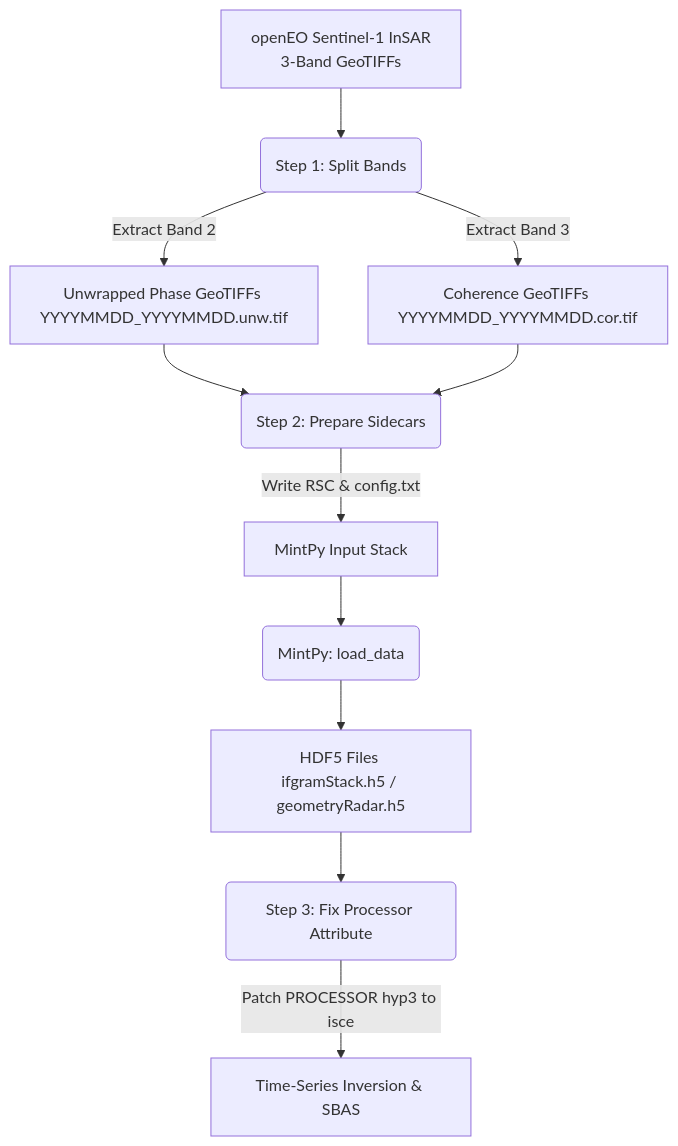
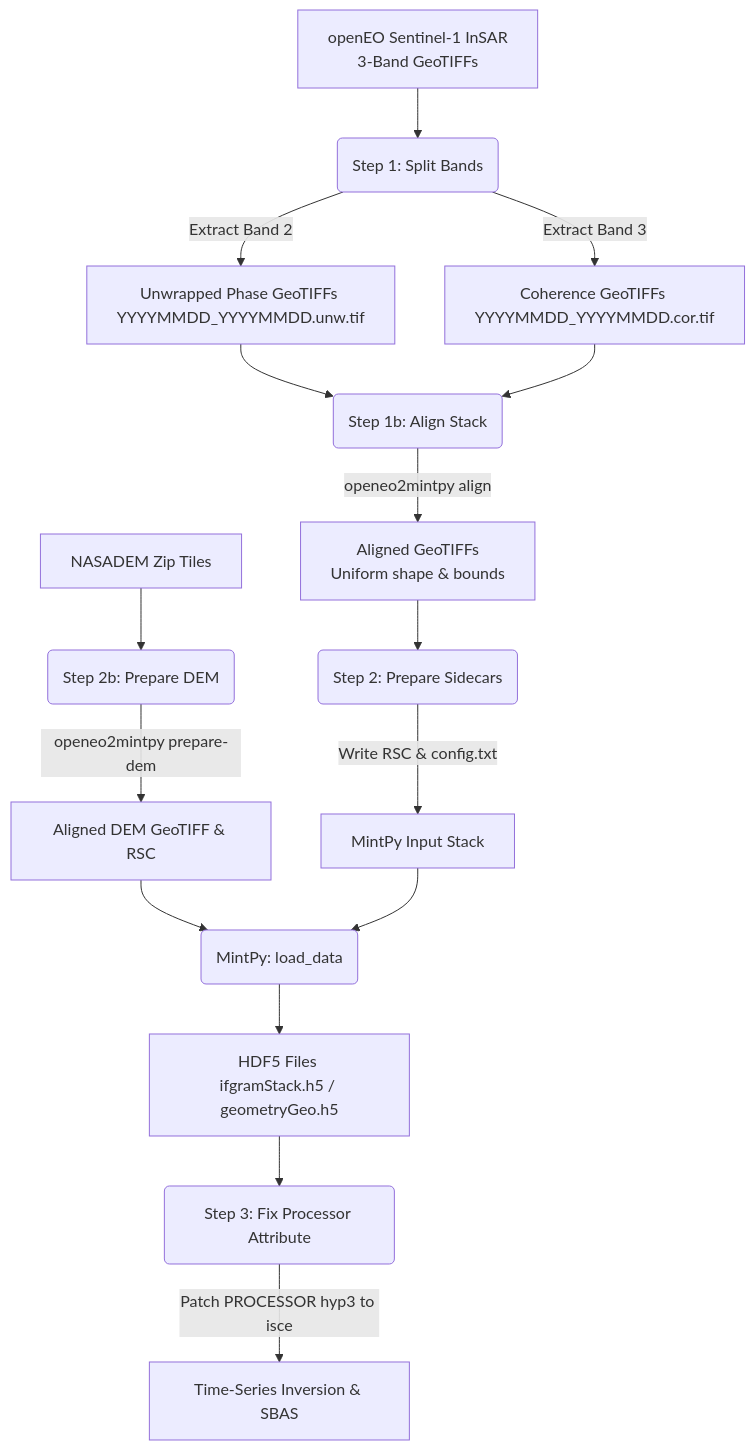
The diagram in README.md (bcankara/openEO2Mintpy), drawn with Mermaid before and after one commit. The commit also changed other lines of this file and 1 other file, not shown here.

Commit message:
docs: document raster alignment and DEM preparation features in README and CHANGELOG

````diff
--- a/README.md
+++ b/README.md
@@ -27,12 +27,16 @@
 ```mermaid
 graph TD
     A[openEO Sentinel-1 InSAR <br>3-Band GeoTIFFs] --> B(Step 1: Split Bands)
     B -->|Extract Band 2| C[Unwrapped Phase GeoTIFFs <br>YYYYMMDD_YYYYMMDD.unw.tif]
     B -->|Extract Band 3| D[Coherence GeoTIFFs <br>YYYYMMDD_YYYYMMDD.cor.tif]
-    C & D --> E(Step 2: Prepare Sidecars)
+    C & D --> C2(Step 1b: Align Stack)
+    C2 -->|openeo2mintpy align| C3[Aligned GeoTIFFs <br>Uniform shape & bounds]
+    C3 --> E(Step 2: Prepare Sidecars)
     E -->|Write RSC & config.txt| F[MintPy Input Stack]
-    F --> G(MintPy: load_data)
-    G --> H[HDF5 Files <br>ifgramStack.h5 / geometryRadar.h5]
+    H2[NASADEM Zip Tiles] --> G2(Step 2b: Prepare DEM)
+    G2 -->|openeo2mintpy prepare-dem| G3[Aligned DEM GeoTIFF & RSC]
+    G3 & F --> G(MintPy: load_data)
+    G --> H[HDF5 Files <br>ifgramStack.h5 / geometryGeo.h5]
     H --> I(Step 3: Fix Processor Attribute)
     I -->|Patch PROCESSOR hyp3 to isce| J[Time-Series Inversion & SBAS]
 ```
````
